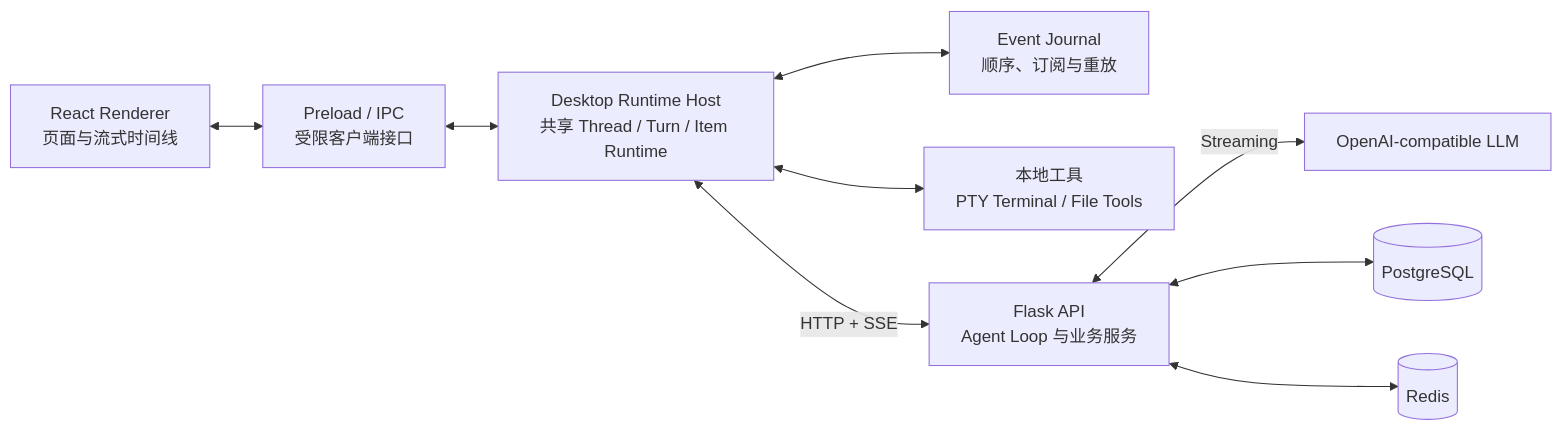
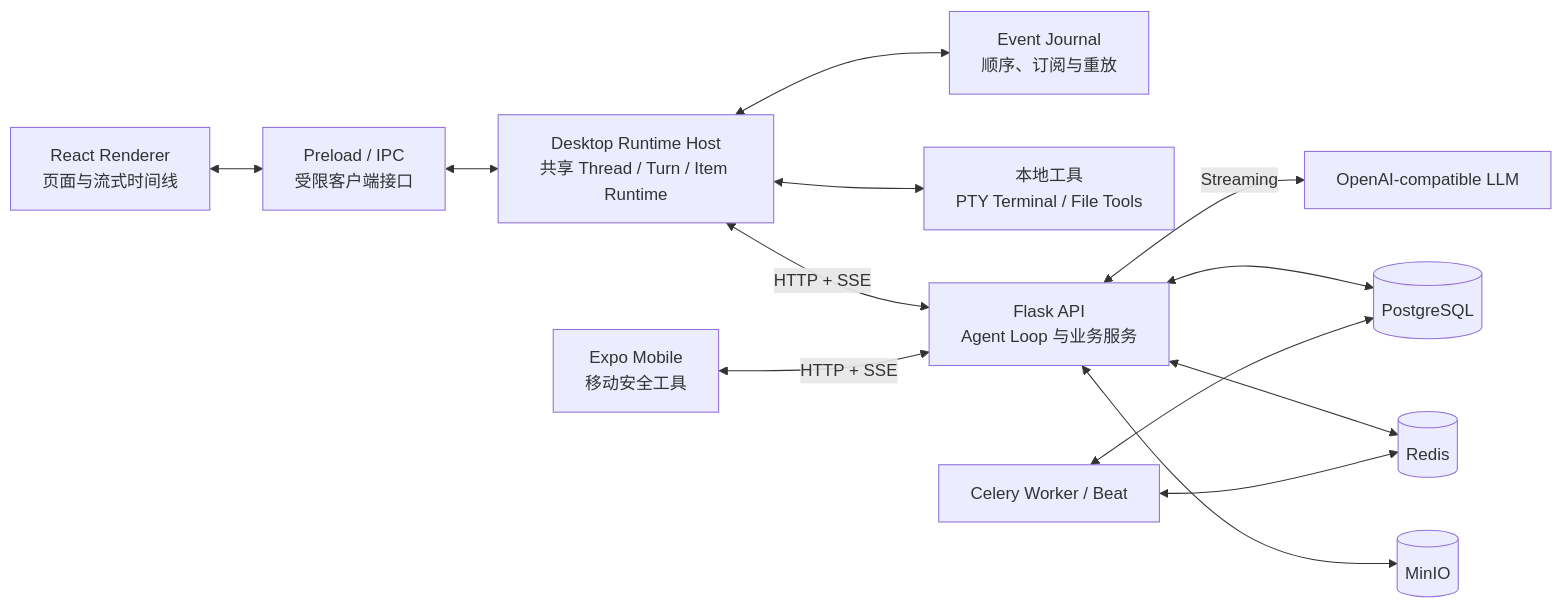
The first of 3 diagrams in README.md (Covfefeable/ohmycode), drawn with Mermaid before and after one commit. The commit also changed other lines of this file and 2 other files, not shown here.

````diff
--- a/README.md
+++ b/README.md
@@ -52,21 +59,28 @@
 ```mermaid
 flowchart LR
     UI[React Renderer<br/>页面与流式时间线]
     IPC[Preload / IPC<br/>受限客户端接口]
     RT[Desktop Runtime Host<br/>共享 Thread / Turn / Item Runtime]
     JOURNAL[Event Journal<br/>顺序、订阅与重放]
     TOOLS[本地工具<br/>PTY Terminal / File Tools]
     API[Flask API<br/>Agent Loop 与业务服务]
     MODEL[OpenAI-compatible LLM]
     DB[(PostgreSQL)]
     CACHE[(Redis)]
+    OBJECT[(MinIO)]
+    WORKER[Celery Worker / Beat]
+    MOBILE[Expo Mobile<br/>移动安全工具]
 
     UI <--> IPC
     IPC <--> RT
     RT <--> JOURNAL
     RT <--> TOOLS
     RT <-->|HTTP + SSE| API
     API <-->|Streaming| MODEL
     API <--> DB
     API <--> CACHE
+    API <--> OBJECT
+    WORKER <--> DB
+    WORKER <--> CACHE
+    MOBILE <-->|HTTP + SSE| API
 ```
````
